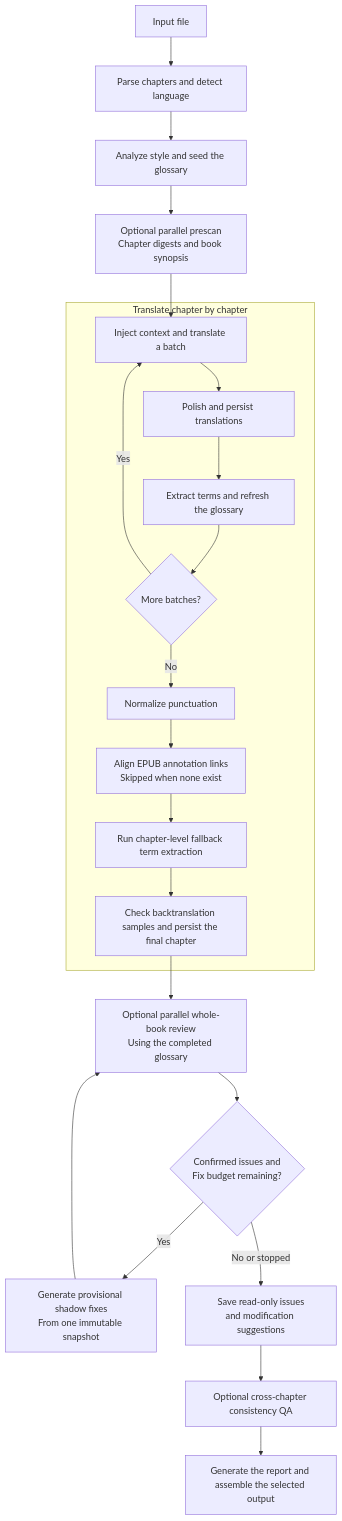
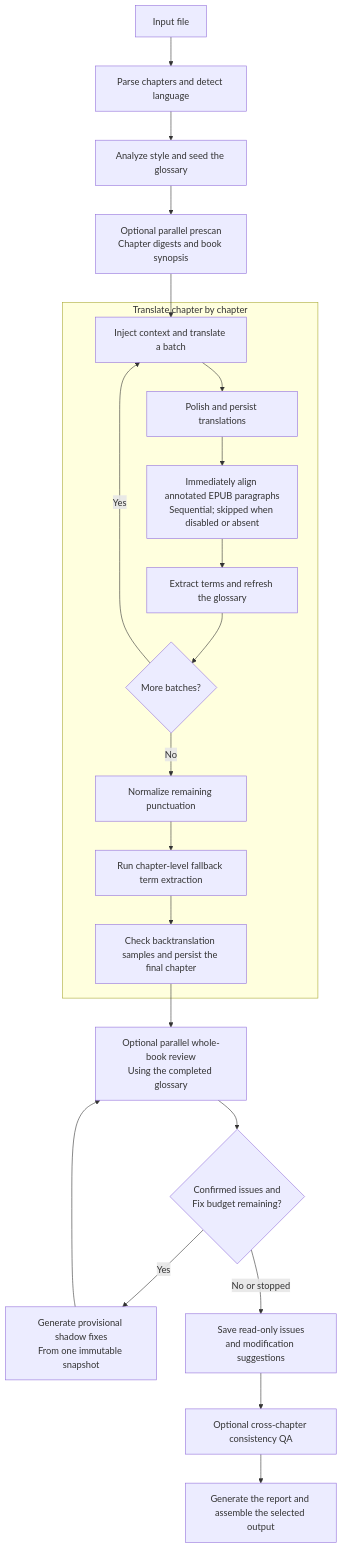
One commit to BigDawnGhost/wenyi changed the diagram in README.md. Above: the diagram before and after it, drawn with Mermaid. The commit also changed 10 other files, not shown here.

Commit message:
feat: align EPUB annotations incrementally

````diff
--- a/README.md
+++ b/README.md
@@ -163,27 +163,27 @@
 ```mermaid
 flowchart TD
     A[Input file] --> B[Parse chapters and detect language]
     B --> C[Analyze style and seed the glossary]
     C --> D[Optional parallel prescan<br/>Chapter digests and book synopsis]
     D --> E
 
     subgraph T[Translate chapter by chapter]
         E[Inject context and translate a batch]
         E --> F[Polish and persist translations]
-        F --> G[Extract terms and refresh the glossary]
+        F --> FA[Immediately align annotated EPUB paragraphs<br/>Sequential; skipped when disabled or absent]
+        FA --> G[Extract terms and refresh the glossary]
         G --> H{More batches?}
         H -- Yes --> E
-        H -- No --> I[Normalize punctuation]
-        I --> IA[Align EPUB annotation links<br/>Skipped when none exist]
-        IA --> IB[Run chapter-level fallback term extraction]
+        H -- No --> I[Normalize remaining punctuation]
+        I --> IB[Run chapter-level fallback term extraction]
         IB --> J[Check backtranslation samples and persist the final chapter]
     end
 
     J --> K[Optional parallel whole-book review<br/>Using the completed glossary]
     K --> N{Confirmed issues and<br/>Fix budget remaining?}
     N -- Yes --> O[Generate provisional shadow fixes<br/>From one immutable snapshot]
     O --> K
     N -- No or stopped --> P[Save read-only issues<br/>and modification suggestions]
     P --> L[Optional cross-chapter consistency QA]
     L --> M[Generate the report and assemble the selected output]
 ```
````
